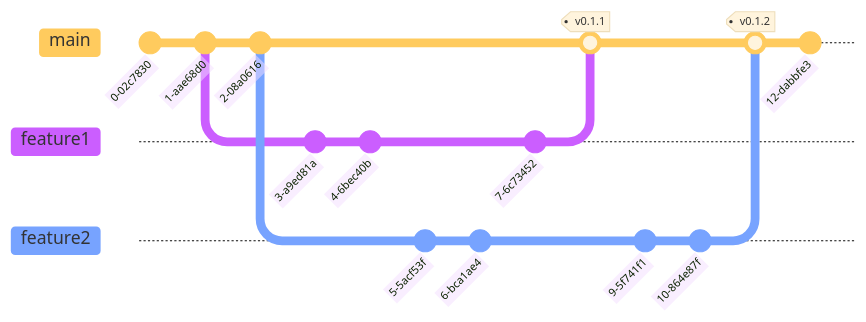
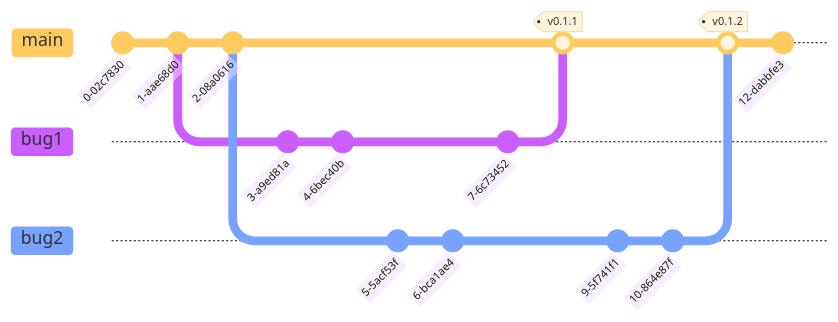
The diagram in index.qmd (ns-rse/pre-commit), drawn with Mermaid before and after one commit. The commit also changed other lines of this file and 3 other files, not shown here. Commit ids are hidden.

````diff
--- a/index.qmd
+++ b/index.qmd
@@ -89,28 +89,28 @@
 ```{mermaid}
 %%| fig-height: 2
 %%{init: { 'logLevel': 'debug', 'theme': 'base', 'gitGraph': {'showBranches': true,'showCommitLabel': true, 'rotateCommitLabel': true}} }%%
 gitGraph
     commit
     commit
-    branch feature1
+    branch bug1
     checkout main
     commit
-    checkout feature1
+    checkout bug1
     commit
     commit
     checkout main
-    branch feature2
-    checkout feature2
+    branch bug2
+    checkout bug2
     commit
     commit
-    checkout feature1
+    checkout bug1
     commit
     checkout main
-    merge feature1 tag: "v0.1.1"
-    checkout feature2
+    merge bug1 tag: "v0.1.1"
+    checkout bug2
     commit
     commit
     checkout main
-    merge feature2 tag: "v0.1.2"
+    merge bug2 tag: "v0.1.2"
     commit
 ```
````
